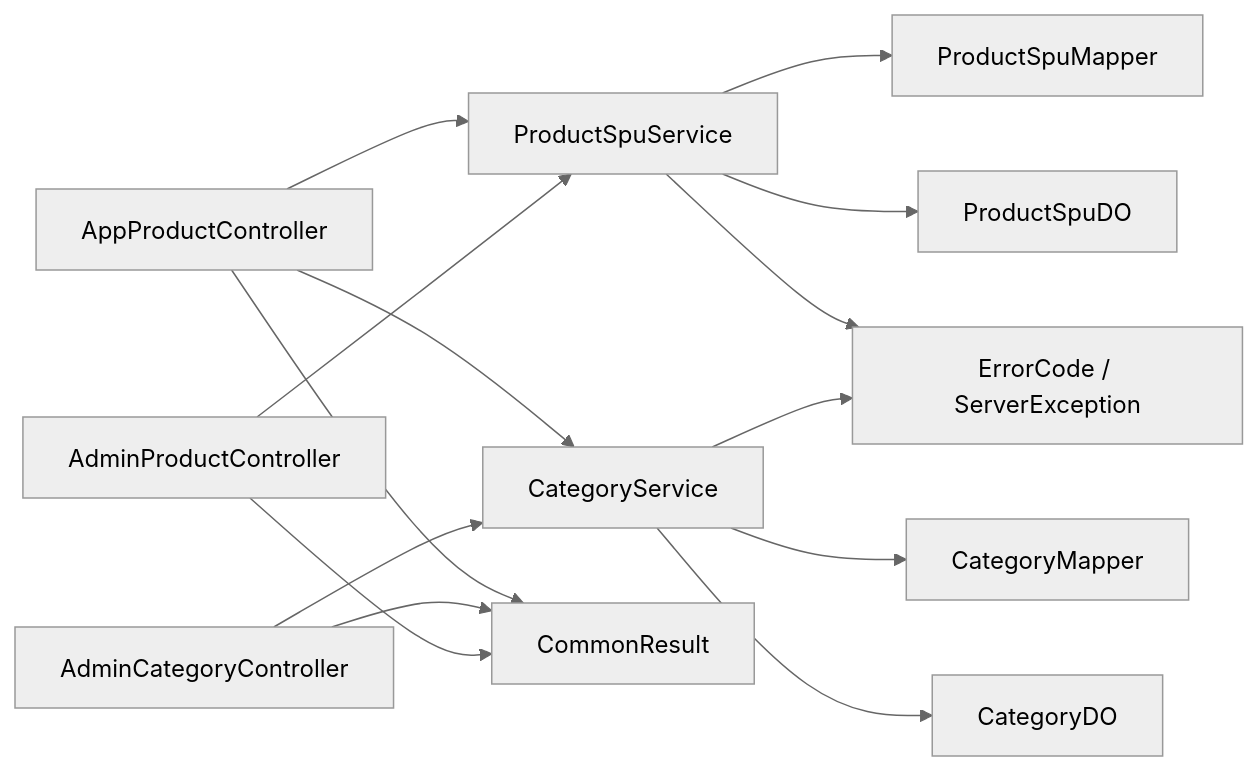
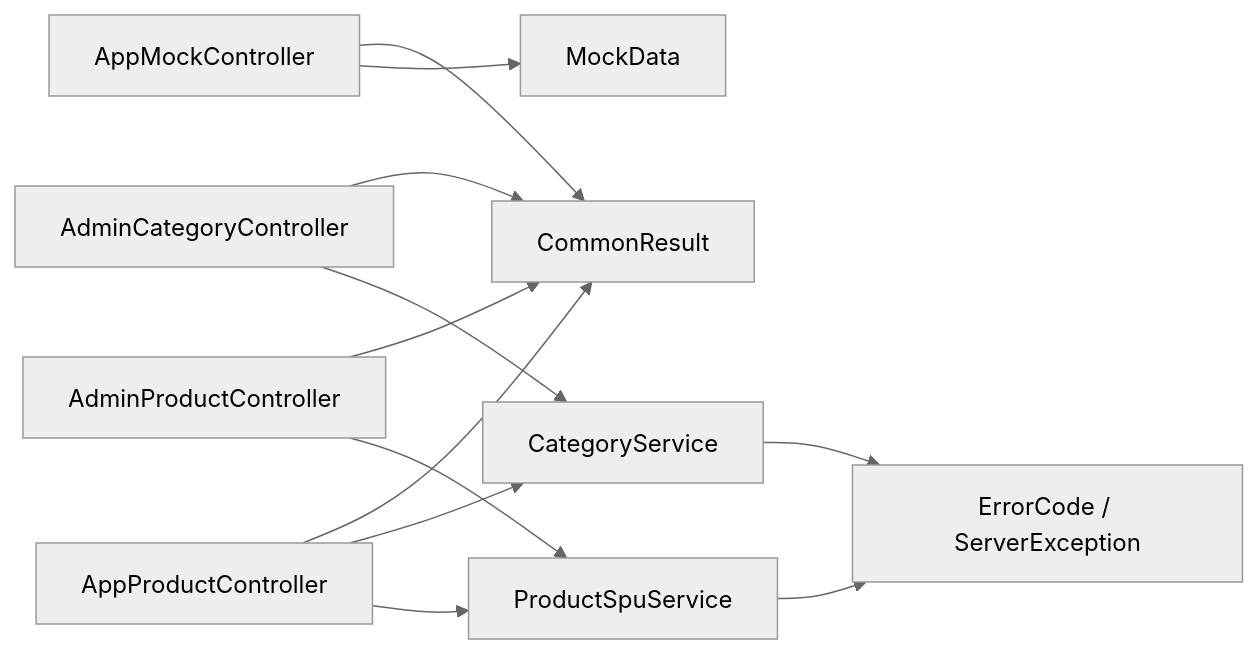
One commit to QtImM/wechatMiniprogram_Store changed the third of 3 diagrams in .qoder/repowiki/zh/content/API接口文档/API接口文档.md. Above: the diagram before and after it, drawn with Mermaid (neutral theme). The commit also changed other lines of this file and 109 other files, not shown here.

````diff
--- a/.qoder/repowiki/zh/content/API接口文档/API接口文档.md
+++ b/.qoder/repowiki/zh/content/API接口文档/API接口文档.md
@@ -300,16 +499,14 @@
 ```mermaid
 graph LR
-C_APP["AppProductController"] --> S_SPU["ProductSpuService"]
-C_APP --> S_CAT["CategoryService"]
-C_ADMIN_CAT["AdminCategoryController"] --> S_CAT
-C_ADMIN_SPU["AdminProductController"] --> S_SPU
-S_SPU --> M_SPU["ProductSpuMapper"]
-S_CAT --> M_CAT["CategoryMapper"]
-S_SPU --> D_SPU["ProductSpuDO"]
-S_CAT --> D_CAT["CategoryDO"]
-C_APP --> R["CommonResult"]
-C_ADMIN_CAT --> R
-C_ADMIN_SPU --> R
-S_SPU --> E["ErrorCode / ServerException"]
-S_CAT --> E
+MOCK["AppMockController"] --> DATA["MockData"]
+MOCK --> RESP["CommonResult"]
+APP["AppProductController"] --> SPU["ProductSpuService"]
+APP --> CAT["CategoryService"]
+ADMIN_CAT["AdminCategoryController"] --> CAT
+ADMIN_SPU["AdminProductController"] --> SPU
+SPU --> EX["ErrorCode / ServerException"]
+CAT --> EX
+APP --> RESP
+ADMIN_CAT --> RESP
+ADMIN_SPU --> RESP
 ```
````
